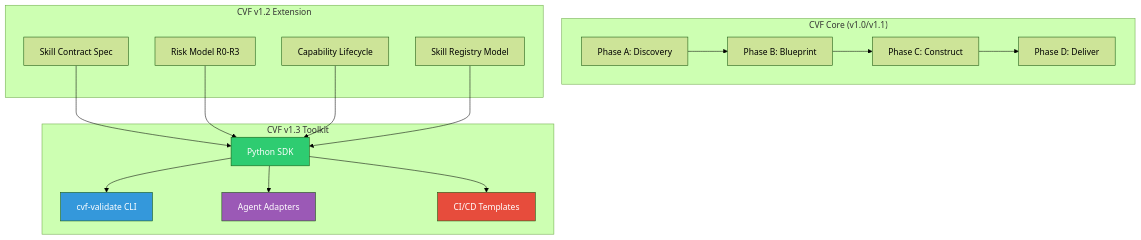
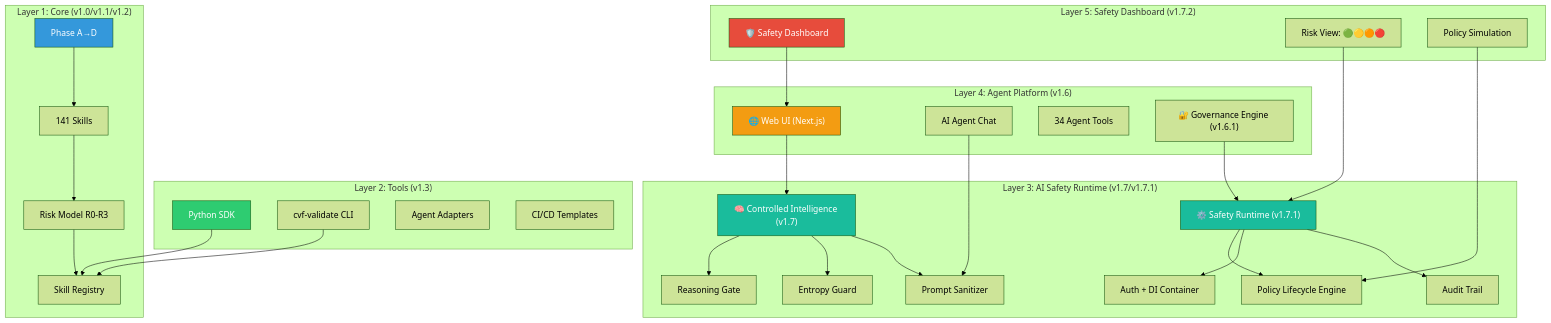
The first of 8 diagrams in docs/CVF_ARCHITECTURE_DIAGRAMS.md (Blackbird081/Controlled-Vibe-Framework-CVF), drawn with Mermaid (forest theme) before and after one commit. The commit also changed other lines of this file and 3 other files, not shown here.

Commit message:
docs: rewrite 4 docs to English + add v1.7.x — VERSION_COMPARISON, CVF_POSITIONING, VERSIONING, ARCHITECTURE_DIAGRAMS

````diff
--- a/docs/CVF_ARCHITECTURE_DIAGRAMS.md
+++ b/docs/CVF_ARCHITECTURE_DIAGRAMS.md
@@ -9,37 +9,65 @@
 ```mermaid
 flowchart TB
-    subgraph "CVF Core (v1.0/v1.1)"
-        A[Phase A: Discovery]
-        B[Phase B: Blueprint]
-        C[Phase C: Construct]
-        D[Phase D: Deliver]
-        A --> B --> C --> D
+    subgraph "Layer 5: Safety Dashboard (v1.7.2)"
+        DASH["🛡️ Safety Dashboard"]
+        RISK["Risk View: 🟢🟡🟠🔴"]
+        SIM["Policy Simulation"]
     end
 
-    subgraph "CVF v1.2 Extension"
-        SC[Skill Contract Spec]
-        RM[Risk Model R0-R3]
-        CL[Capability Lifecycle]
-        SR[Skill Registry Model]
+    subgraph "Layer 4: Agent Platform (v1.6)"
+        WEB["🌐 Web UI (Next.js)"]
+        CHAT["AI Agent Chat"]
+        TOOLS["34 Agent Tools"]
+        GOV["🔐 Governance Engine (v1.6.1)"]
     end
 
-    subgraph "CVF v1.3 Toolkit"
-        SDK[Python SDK]
-        CLI[cvf-validate CLI]
-        ADP[Agent Adapters]
-        CICD[CI/CD Templates]
+    subgraph "Layer 3: AI Safety Runtime (v1.7/v1.7.1)"
+        INTEL["🧠 Controlled Intelligence (v1.7)"]
+        GATE["Reasoning Gate"]
+        ENTROPY["Entropy Guard"]
+        SANITIZE["Prompt Sanitizer"]
+        RUNTIME["⚙️ Safety Runtime (v1.7.1)"]
+        POLICY["Policy Lifecycle Engine"]
+        AUTH["Auth + DI Container"]
+        AUDIT["Audit Trail"]
     end
 
-    SC --> SDK
-    RM --> SDK
-    CL --> SDK
-    SR --> SDK
-    SDK --> CLI
-    SDK --> ADP
-    SDK --> CICD
+    subgraph "Layer 2: Tools (v1.3)"
+        SDK["Python SDK"]
+        CLI["cvf-validate CLI"]
+        ADP["Agent Adapters"]
+        CICD["CI/CD Templates"]
+    end
 
+    subgraph "Layer 1: Core (v1.0/v1.1/v1.2)"
+        PHASES["Phase A→D"]
+        SKILLS["141 Skills"]
+        RISKM["Risk Model R0-R3"]
+        REGISTRY["Skill Registry"]
+    end
+
+    DASH --> WEB
+    RISK --> RUNTIME
+    SIM --> POLICY
+    WEB --> INTEL
+    CHAT --> SANITIZE
+    GOV --> RUNTIME
+    INTEL --> GATE
+    INTEL --> ENTROPY
+    INTEL --> SANITIZE
+    RUNTIME --> POLICY
+    RUNTIME --> AUTH
+    RUNTIME --> AUDIT
+    SDK --> REGISTRY
+    CLI --> REGISTRY
+    PHASES --> SKILLS
+    SKILLS --> RISKM
+    RISKM --> REGISTRY
+
+    style DASH fill:#e74c3c,color:#fff
+    style WEB fill:#f39c12,color:#fff
+    style INTEL fill:#1abc9c,color:#fff
+    style RUNTIME fill:#1abc9c,color:#fff
     style SDK fill:#2ecc71,color:#fff
-    style CLI fill:#3498db,color:#fff
-    style ADP fill:#9b59b6,color:#fff
-    style CICD fill:#e74c3c,color:#fff
+    style PHASES fill:#3498db,color:#fff
 ```
````
